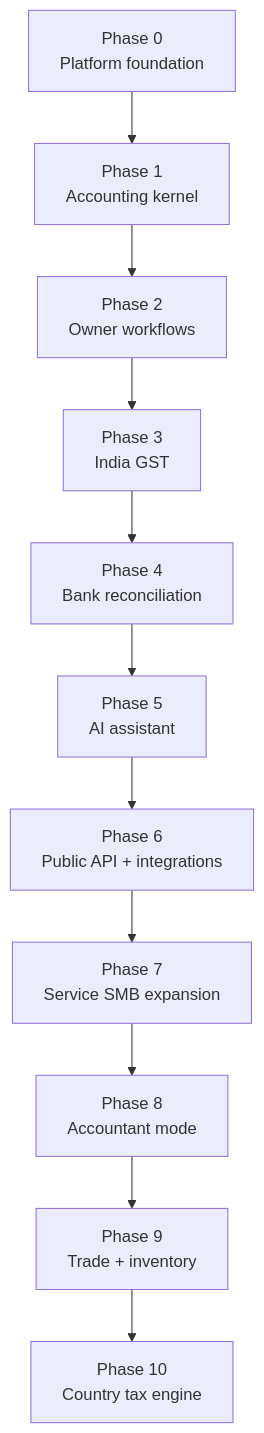
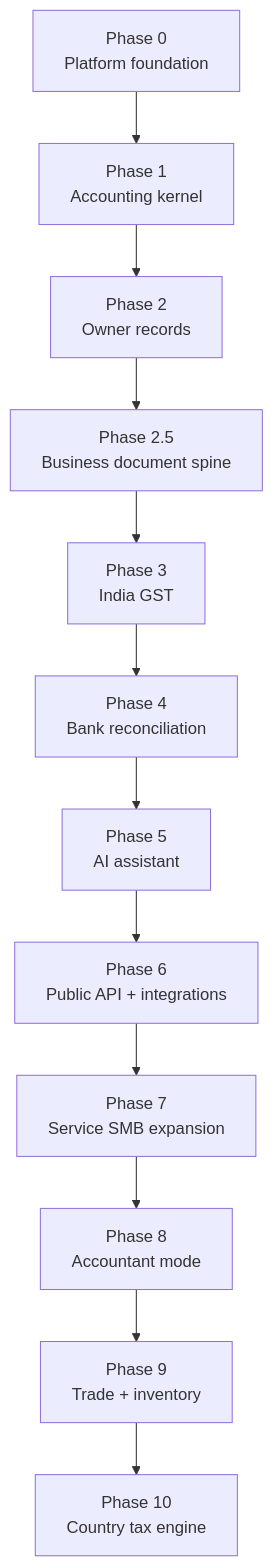
The third of 3 diagrams in README.md (isherbuilds/edernal-books), drawn with Mermaid before and after one commit. The commit also changed other lines of this file and 44 other files, not shown here.

First line of the commit message:
docs: update phase 2.5 document spine guidance (#10)

````diff
--- a/README.md
+++ b/README.md
@@ -151,13 +151,14 @@
 ```mermaid
 flowchart TD
   P0["Phase 0<br/>Platform foundation"] --> P1["Phase 1<br/>Accounting kernel"]
-  P1 --> P2["Phase 2<br/>Owner workflows"]
-  P2 --> P3["Phase 3<br/>India GST"]
+  P1 --> P2["Phase 2<br/>Owner records"]
+  P2 --> P25["Phase 2.5<br/>Business document spine"]
+  P25 --> P3["Phase 3<br/>India GST"]
   P3 --> P4["Phase 4<br/>Bank reconciliation"]
   P4 --> P5["Phase 5<br/>AI assistant"]
   P5 --> P6["Phase 6<br/>Public API + integrations"]
   P6 --> P7["Phase 7<br/>Service SMB expansion"]
   P7 --> P8["Phase 8<br/>Accountant mode"]
   P8 --> P9["Phase 9<br/>Trade + inventory"]
   P9 --> P10["Phase 10<br/>Country tax engine"]
 ```
````
